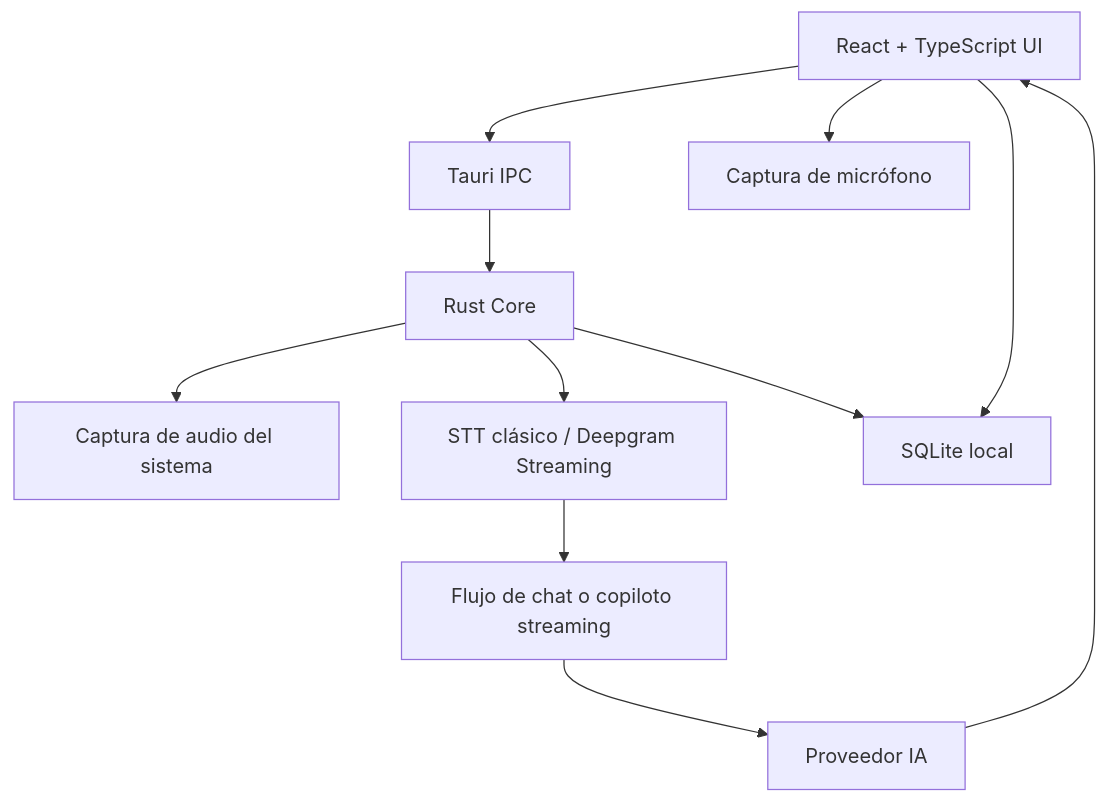
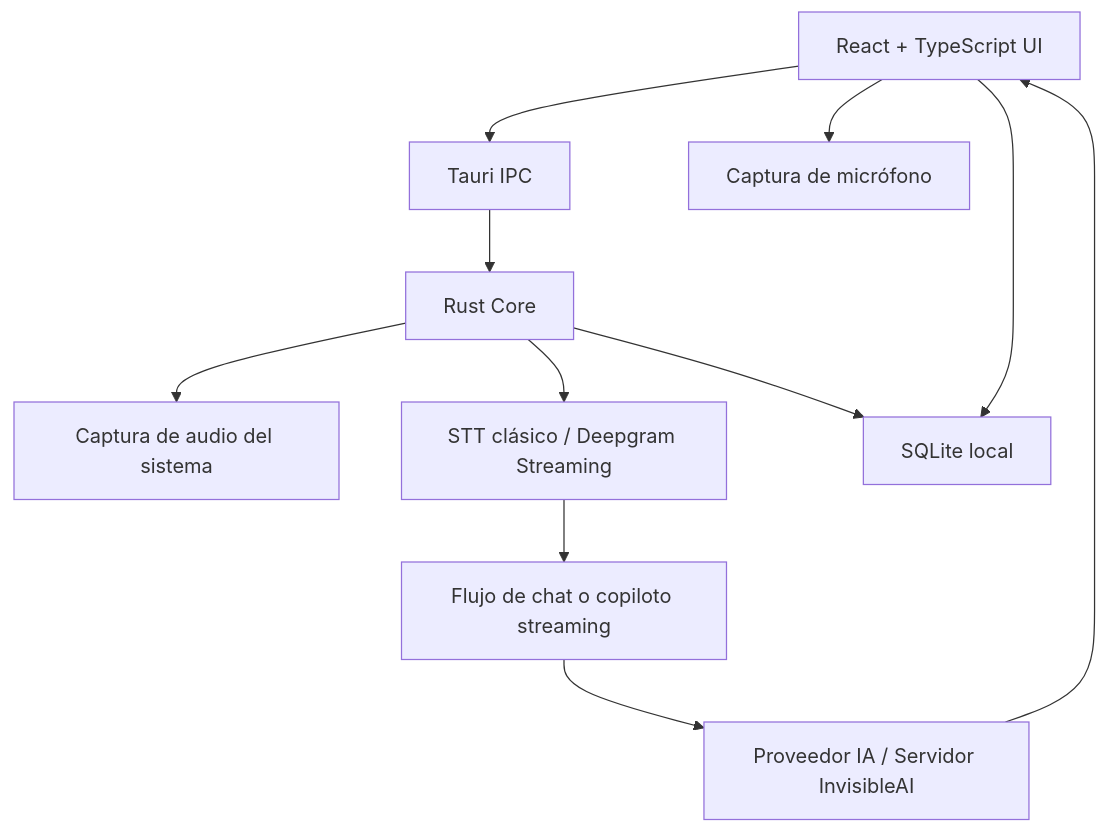
Before and after one commit to EDY28-M/invisibleai: the diagram in README.md, drawn with Mermaid. The commit also changed other lines of this file and 5 other files, not shown here.

````diff
--- a/README.md
+++ b/README.md
@@ -143,13 +184,13 @@
 ```mermaid
 graph TD;
     UI["React + TypeScript UI"] --> IPC["Tauri IPC"];
     IPC --> Core["Rust Core"];
     Core --> Capture["Captura de audio del sistema"];
     UI --> Mic["Captura de micrófono"];
     Core --> STT["STT clásico / Deepgram Streaming"];
     STT --> Router["Flujo de chat o copiloto streaming"];
-    Router --> AI["Proveedor IA"];
+    Router --> AI["Proveedor IA / Servidor InvisibleAI"];
     AI --> UI;
     Core --> DB["SQLite local"];
     UI --> DB;
 ```
````
